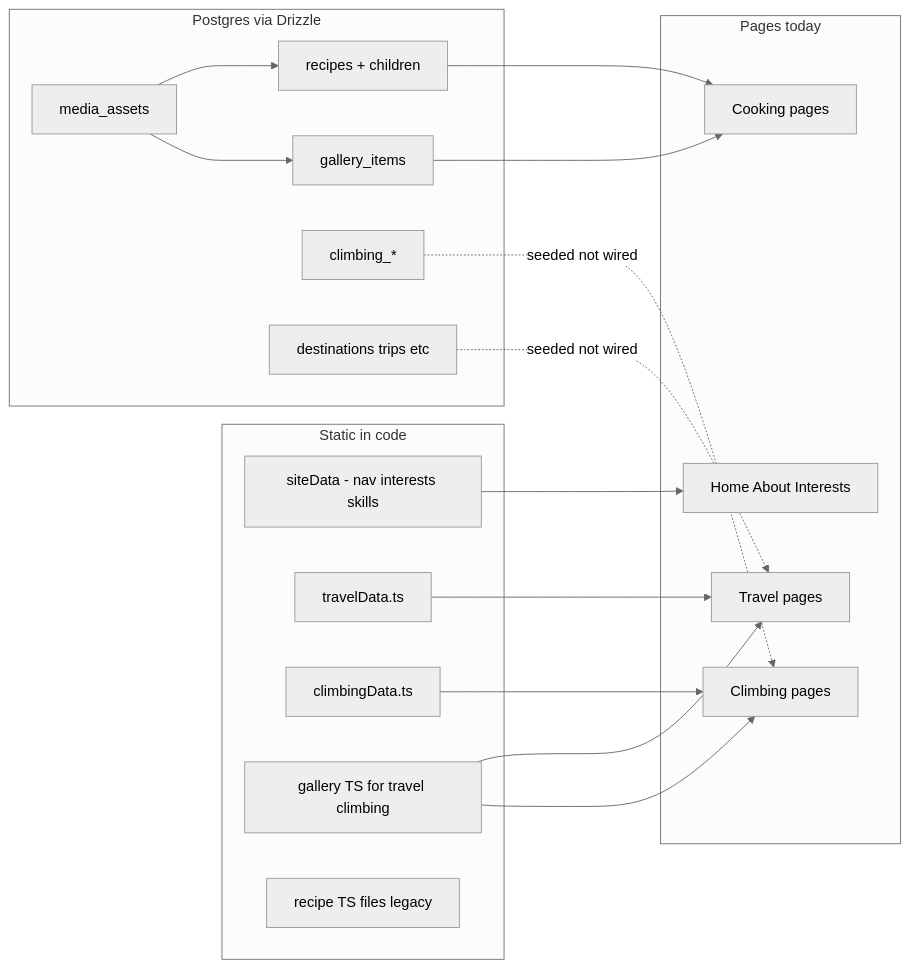
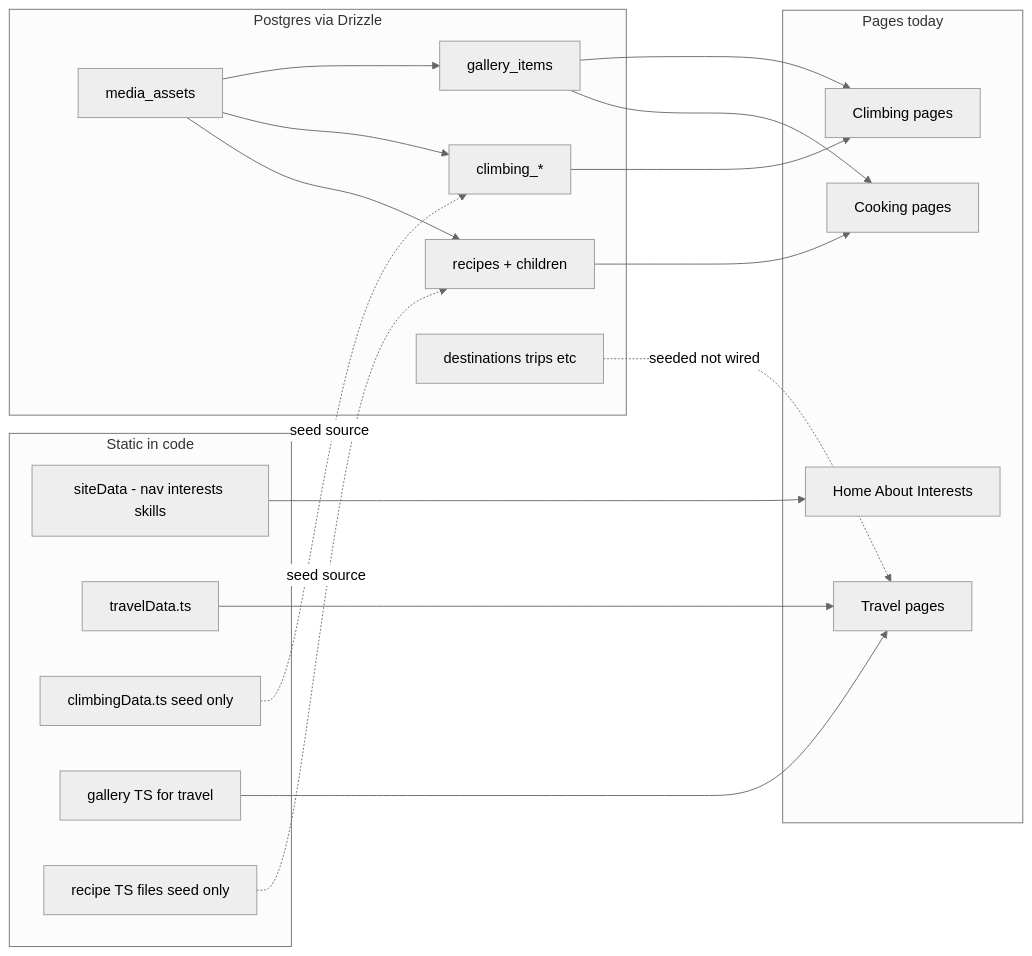
One commit to Aknaim/aknaim.com changed the fourth of 10 diagrams in docs/application-architecture.md. Above: the diagram before and after it, drawn with Mermaid (neutral theme). The commit also changed other lines of this file and 7 other files, not shown here.

First line of the commit message:
Wire climbing pages to Postgres.

````diff
--- a/docs/application-architecture.md
+++ b/docs/application-architecture.md
@@ -174,39 +174,41 @@
 ```mermaid
 flowchart LR
   subgraph static [Static in code]
     SiteData[siteData - nav interests skills]
     TravelTS[travelData.ts]
-    ClimbTS[climbingData.ts]
-    GalleryTS[gallery TS for travel climbing]
-    RecipeTS[recipe TS files legacy]
+    ClimbTS[climbingData.ts seed only]
+  GalleryTS[gallery TS for travel]
+  RecipeTS[recipe TS files seed only]
   end
 
   subgraph db [Postgres via Drizzle]
     MediaAssets[media_assets]
     Recipes[recipes + children]
     GalleryItems[gallery_items]
     ClimbingTables[climbing_*]
     TravelTables[destinations trips etc]
   end
 
   subgraph pages [Pages today]
     HomePage[Home About Interests]
     CookingPages[Cooking pages]
     ClimbPages[Climbing pages]
     TravelPages[Travel pages]
   end
 
   SiteData --> HomePage
   TravelTS --> TravelPages
   GalleryTS --> TravelPages
-  ClimbTS --> ClimbPages
-  GalleryTS --> ClimbPages
 
   Recipes --> CookingPages
+  ClimbingTables --> ClimbPages
   GalleryItems --> CookingPages
+  GalleryItems --> ClimbPages
   MediaAssets --> Recipes
+  MediaAssets --> ClimbingTables
   MediaAssets --> GalleryItems
 
-  ClimbingTables -. seeded not wired .-> ClimbPages
   TravelTables -. seeded not wired .-> TravelPages
+  RecipeTS -. seed source .-> Recipes
+  ClimbTS -. seed source .-> ClimbingTables
 ```
````
